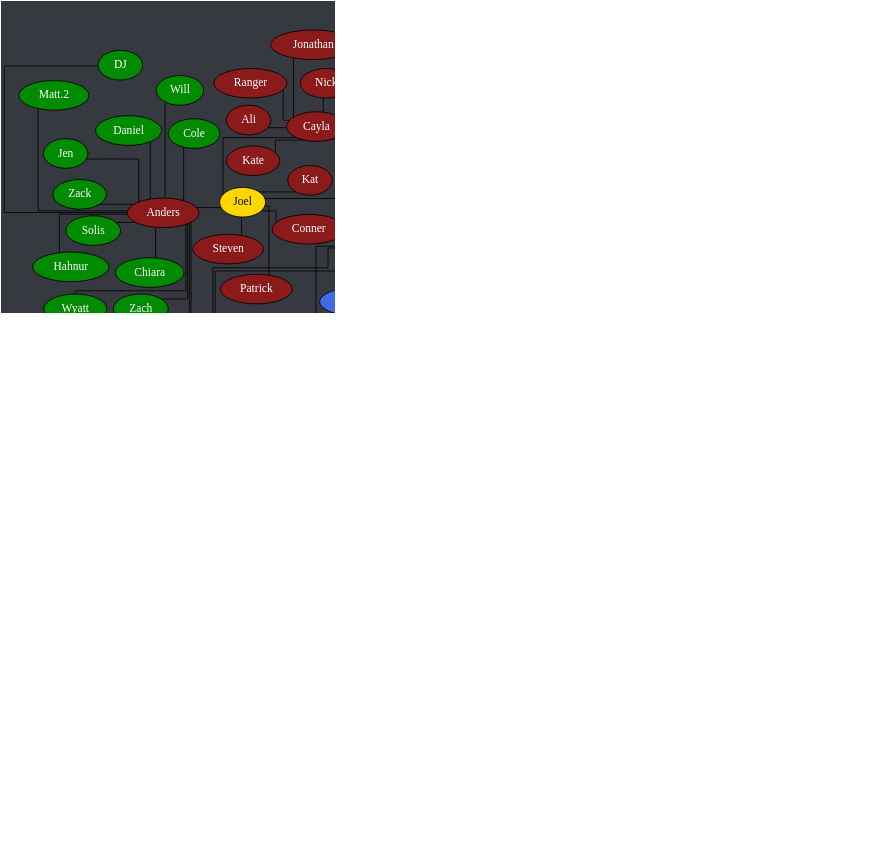
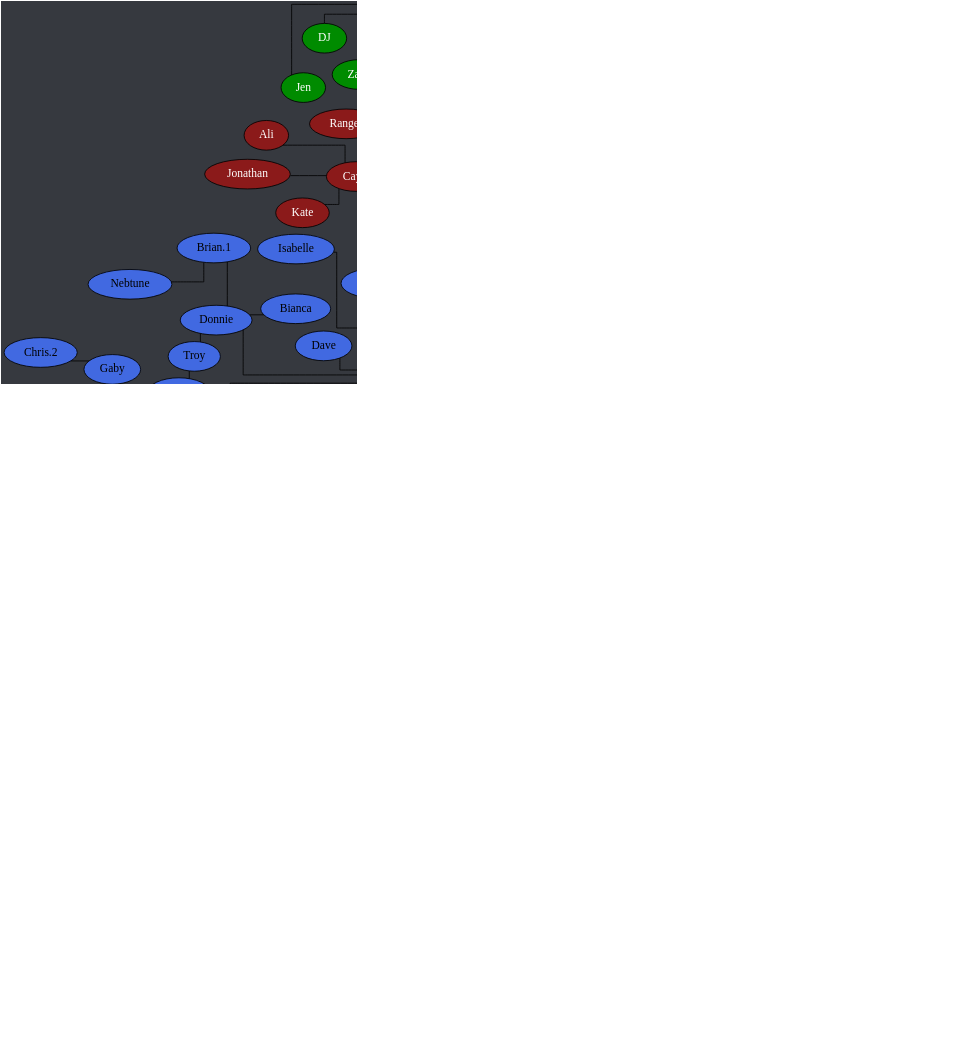
Before and after one commit to Documidas/CoronaCatzFamilyTree: the diagram in tree.dot, drawn with Graphviz. The commit also changed 1 other file, not shown here.

Commit message:
Remove Andrew/Spook, Sierra

```diff
--- a/tree.dot
+++ b/tree.dot
@@ -1,192 +1,190 @@
 strict graph {
 	// Layout Configuration
 	layout = neato;
 	dpi = 200;
 	epsilon = 0.01;
 	mode = major;
 	model = subset;
 	overlap = false;
 	splines = ortho;
 	start = rand;
 
 	// Visual Configuration
 	graph [ truecolor=true bgcolor="#36393f" ];
 	node [ style=filled fillcolor="gray" fontcolor="black" ];
 
 	subgraph "Joel" {
 		node [ style=filled fillcolor="firebrick4" fontcolor="white" ];
 		Joel [ style=filled fillcolor="gold" fontcolor="black" ];
 
 		Cayla -- Ali;
 		Cayla -- Jonathan;
 		Cayla -- Kate;
 		Cayla -- Nick;
 		Cayla -- Ranger;
 		Joel -- Anders;
 		Joel -- Cayla;
 		Joel -- Conner;
 		Joel -- Jared;
 		Joel -- Kat;
 		Joel -- Patrick;
 		Joel -- Steven;
 	}
 
 	subgraph "Anders" {
 		node [ style=filled fillcolor="green4" fontcolor="white" ];
 		// Anders [ style=filled fillcolor="green4" fontcolor="white" ];
 
 		Anders -- Chiara;
 		Anders -- Cody;
 		Anders -- Cole;
 		Anders -- Daniel;
 		Anders -- Derek;
 		Anders -- DJ;
 		Anders -- Hahnur;
 		Anders -- Jen;
 		Anders -- "Matt.2";
 		Anders -- Solis;
 		Anders -- Will;
 		Anders -- Wyatt;
 		Anders -- Zach;
 		Anders -- Zack;
 	}
 
 	subgraph "Jared" {
 		node [ style=filled fillcolor="royalblue" fontcolor="black" ];
 		// Jared [ style=filled fillcolor="royalblue" fontcolor="black" ];
 
 		"Andrew.1" -- Hannah;
 		"Brian.1" -- Nebtune;
 		"Carter-1.0" -- Tom;
 		Donnie -- Bianca;
 		Donnie -- "Brian.1";
 		Donnie -- Troy;
 		Gaby -- "Chris.2";
 		Greg -- "Andrew.1";
 		Greg -- "Carter-1.0";
 		Greg -- Ina;
 		Greg -- "John Boi";
 		Greg -- Tails;
 		Greg -- Tanyon;
 		Hannah -- Raana;
 		Jared -- Brandi;
 		Jared -- Dave;
 		Jared -- Donnie;
 		Jared -- Fabi;
 		Jared -- "Jack.2";
 		Jared -- Kamon;
 		Jared -- Greg;
 		Jared -- Isabelle;
 		Jared -- Mason;
 		Jared -- "Matt.1";
 		Jared -- Mehmet;
 		Jared -- Nam;
 		Jared -- Pixie;
 		Jared -- Shannon;
 		Jared -- Spencer;
 		Jared -- Tommy;
 		Jared -- Tyler;
 		Jared -- "Zach/Laniakea";
 		Jared -- Zoe;
 		"John Boi" -- Hardie;
 		Tommy -- Danny;
 		Troy -- Drake;
 		Tyler -- Aly;
 		Tyler -- "Bryan.2";
 		Tyler -- Gaby;
 		Zoe -- Brandon;
 	}
 
 	subgraph "Zach/Laniakea" {
 		node [ style=filled fillcolor="#4eff2c" fontcolor="black" ];
 		// "Zach/Laniakea" [ style=filled fillcolor="#4eff2c" fontcolor="black" ];
 
 		"Caio.2" -- "Kyle.1";
 		"Caio.2" -- Lucas;
 		"Ryan/Des" -- Marcus;
 		"Ryan/Wenger" -- Gracie;
 		"Zach/Laniakea" -- Allen;
 		"Zach/Laniakea" -- "Caio.2";
 		"Zach/Laniakea" -- John;
 		"Zach/Laniakea" -- Logan;
 		"Zach/Laniakea" -- Kevin;
 		"Zach/Laniakea" -- "Kyle.0";
 		"Zach/Laniakea" -- Mike;
 		"Zach/Laniakea" -- "Ryan/Des";
 		"Zach/Laniakea" -- "Ryan/Wenger";
 	}
 
 	subgraph "John" {
 		node [ style=filled fillcolor="#c89b3c" fontcolor="black" ];
 		// John [ style=filled fillcolor="#c89b3c" fontcolor="black" ];
 
 		John -- Anna;
 		John -- Emily;
 		John -- Haber;
 		John -- Jay;
 		John -- "Jack.1";
 		John -- Lara;
 		John -- Monarch;
 		John -- Rakib;
 		John -- "Thomas.1";
 		Rakib -- Hazel;
 	}
 
 	subgraph "John-stream" {
 		// node [ style=filled fillcolor="#9147ff" fontcolor="black" ];
 		node [ style=filled fillcolor="#c89b3c" fontcolor="black" ];
 
 		John -- "Michael/Wheezy";
 	}
 
 	subgraph "Thomas.1" {
 		node [ style=filled fillcolor="#b04900" fontcolor="black" ];
 		// "Thomas.1" [ style=filled fillcolor="#b04900" fontcolor="black" ];
 
 		"Thomas.1" -- Ahmeed;
 		"Thomas.1" -- Alex;
 		"Thomas.1" -- Bob;
 		"Thomas.1" -- "Da'Von";
 		"Thomas.1" -- Dre;
 		"Thomas.1" -- JD;
 		"Thomas.1" -- Josh;
 		"Thomas.1" -- Juan;
 		"Thomas.1" -- Pat;
 		"Thomas.1" -- Taylor;
 		"Thomas.1" -- "Thomas.2";
 		"Thomas.1" -- "Tony.1";
 		"Thomas.1" -- "Tony.2";
 		"Thomas.1" -- Travis;
 	}
 
 	subgraph "Alex" {
 		node [ style=filled fillcolor="#6f2da8" fontcolor="white" ];
 		// Alex [ style=filled fillcolor="#6f2da8" fontcolor="black" ];
 
 		Alex -- "Alex/Blitt";
 		Alex -- David;
 		Alex -- Sam;
 		"Alex/Blitt" -- Alan;
 		"Alex/Blitt" -- "Alex the 3rd";
 		"Alex/Blitt" -- "Andrew.2";
 		"Alex/Blitt" -- Brian;
 		"Alex/Blitt" -- Carlos;
 		"Alex/Blitt" -- "Chris.1";
 		"Alex/Blitt" -- Gabriel;
 		"Alex/Blitt" -- "Kyle.3";
 		"Alex/Blitt" -- Laske;
 		"Alex/Blitt" -- Mikael;
 		"Alex/Blitt" -- "Ryan.1";
 		"Alex/Blitt" -- "Sam.2";
-		"Da'Von" -- "Andrew/Spook";
 		"Da'Von" -- Dalton;
 		"Da'Von" -- Jon;
 		"Da'Von" -- Karma;
 		"Da'Von" -- Ram;
 		"Da'Von" -- Zeller;
 		Dalton -- "Carter.2";
 		Dalton -- Graysen;
 		Gabriel -- "Ryan.2";
-		Zeller -- Sierra;
 	}
 }
```
